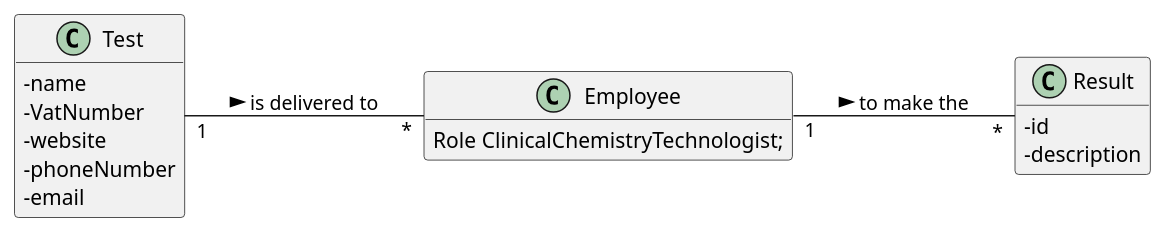
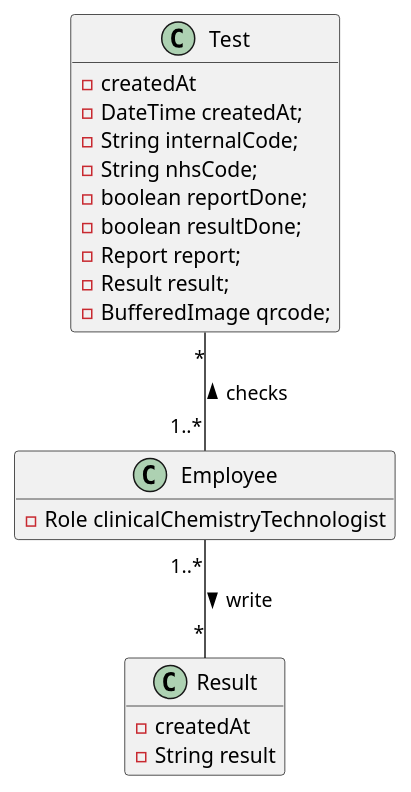
One commit to GuilhermeCunha79/lapr2 changed the diagram in docs/SprintC/US12/US12_MD.puml. Above: the diagram before and after it, drawn with PlantUML. The commit also changed 10 other files, not shown here.

```diff
--- a/docs/SprintC/US12/US12_MD.puml
+++ b/docs/SprintC/US12/US12_MD.puml
@@ -1,31 +1,29 @@
 @startuml
+
 hide methods
-left to right direction
-skinparam classAttributeIconSize 0
 
-
+class Employee {
+    - Role clinicalChemistryTechnologist
+}
 
 class Test {
-  -name
-  -VatNumber
-  -website
-  -phoneNumber
-  -email
-}
-
-class Employee{
-Role ClinicalChemistryTechnologist;
+    - createdAt
+    - DateTime createdAt;
+    - String internalCode;
+    - String nhsCode;
+    - boolean reportDone;
+    - boolean resultDone;
+    - Report report;
+    - Result result;
+    - BufferedImage qrcode;
 }
 
 class Result {
-  -id
-  -description
+    -createdAt
+    -String result
 }
 
-
-Test "1" -- "*" Employee : is delivered to >
-Employee "1" -- "*" Result : to make the >
-
-
+Employee"1..*" -- "*"Result : "> write"
+Employee"1..*" -up- "*"Test : "> checks"
 
 @enduml
```
